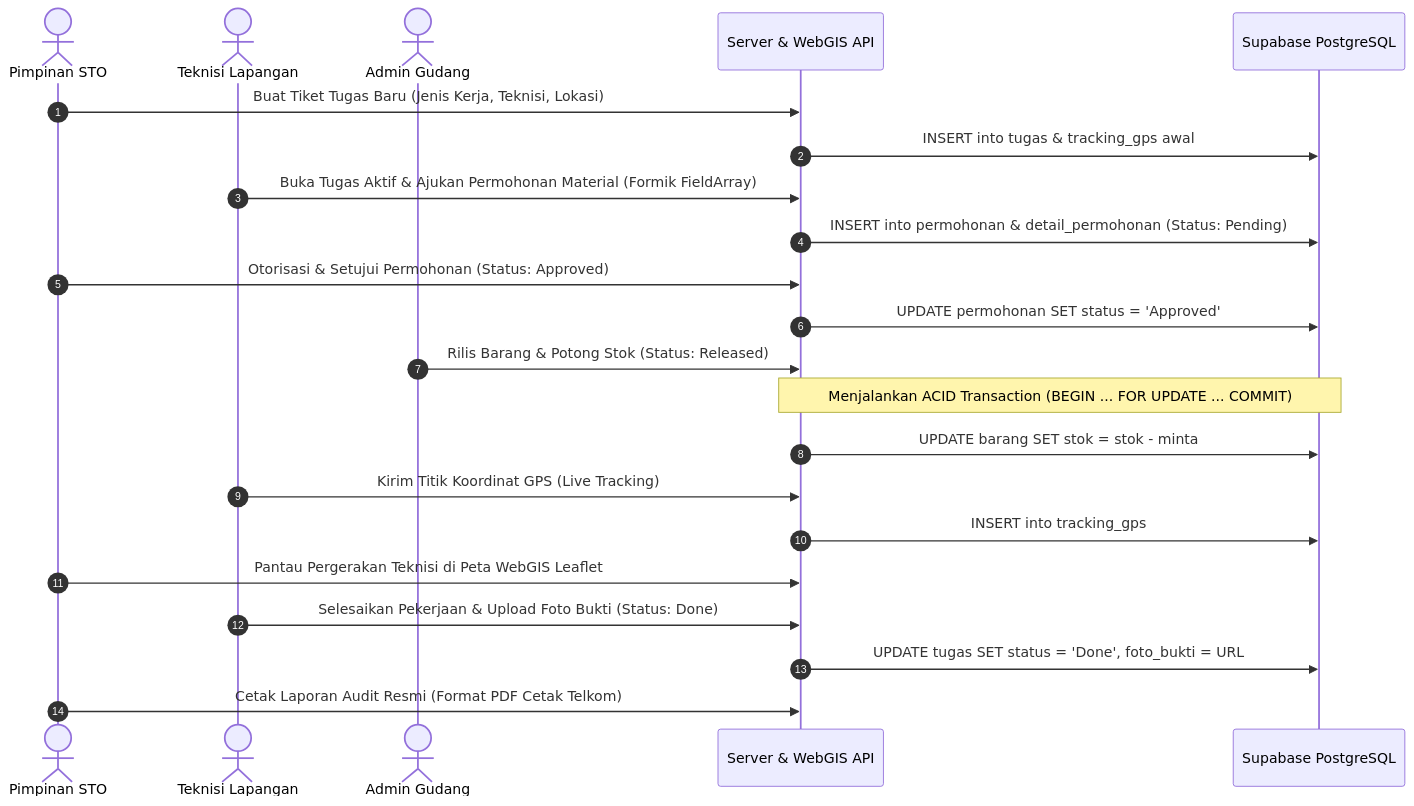
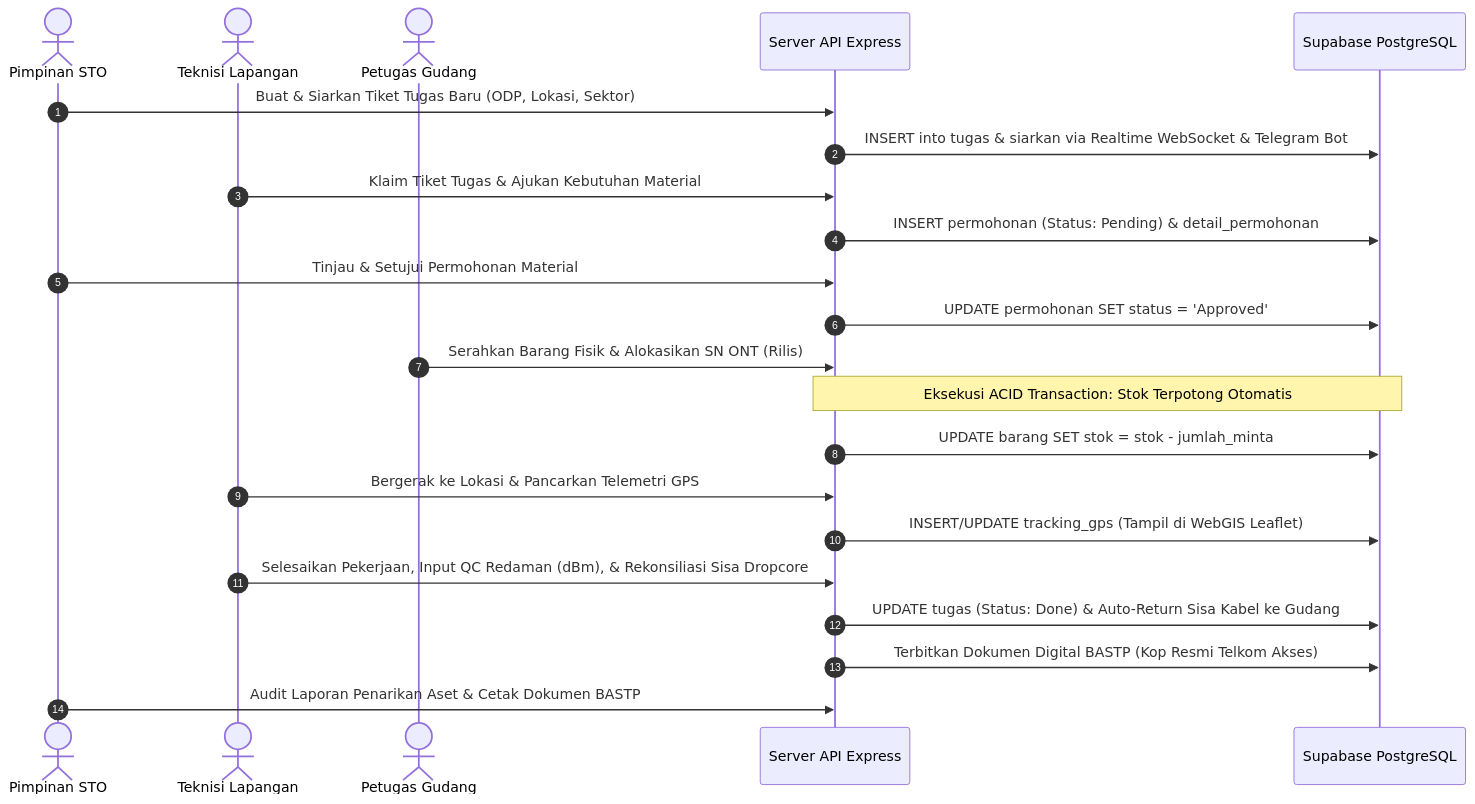
One commit to NatasyaLR26/Projek-Apk-STO-Pyk changed the diagram in README.md. Above: the diagram before and after it, drawn with Mermaid. The commit also changed other lines of this file and 36 other files, not shown here.

````diff
--- a/README.md
+++ b/README.md
@@ -81,25 +96,25 @@
 ```mermaid
 sequenceDiagram
     autonumber
     actor Pimpinan as Pimpinan STO
     actor Teknisi as Teknisi Lapangan
-    actor Gudang as Admin Gudang
-    participant Server as Server & WebGIS API
+    actor Gudang as Petugas Gudang
+    participant Server as Server API Express
     participant DB as Supabase PostgreSQL
 
-    Pimpinan->>Server: Buat Tiket Tugas Baru (Jenis Kerja, Teknisi, Lokasi)
-    Server->>DB: INSERT into tugas & tracking_gps awal
-    Teknisi->>Server: Buka Tugas Aktif & Ajukan Permohonan Material (Formik FieldArray)
-    Server->>DB: INSERT into permohonan & detail_permohonan (Status: Pending)
-    Pimpinan->>Server: Otorisasi & Setujui Permohonan (Status: Approved)
+    Pimpinan->>Server: Buat & Siarkan Tiket Tugas Baru (ODP, Lokasi, Sektor)
+    Server->>DB: INSERT into tugas & siarkan via Realtime WebSocket & Telegram Bot
+    Teknisi->>Server: Klaim Tiket Tugas & Ajukan Kebutuhan Material
+    Server->>DB: INSERT permohonan (Status: Pending) & detail_permohonan
+    Pimpinan->>Server: Tinjau & Setujui Permohonan Material
     Server->>DB: UPDATE permohonan SET status = 'Approved'
-    Gudang->>Server: Rilis Barang & Potong Stok (Status: Released)
-    Note over Server,DB: Menjalankan ACID Transaction (BEGIN ... FOR UPDATE ... COMMIT)
-    Server->>DB: UPDATE barang SET stok = stok - minta
-    Teknisi->>Server: Kirim Titik Koordinat GPS (Live Tracking)
-    Server->>DB: INSERT into tracking_gps
-    Pimpinan->>Server: Pantau Pergerakan Teknisi di Peta WebGIS Leaflet
-    Teknisi->>Server: Selesaikan Pekerjaan & Upload Foto Bukti (Status: Done)
-    Server->>DB: UPDATE tugas SET status = 'Done', foto_bukti = URL
-    Pimpinan->>Server: Cetak Laporan Audit Resmi (Format PDF Cetak Telkom)
+    Gudang->>Server: Serahkan Barang Fisik & Alokasikan SN ONT (Rilis)
+    Note over Server,DB: Eksekusi ACID Transaction: Stok Terpotong Otomatis
+    Server->>DB: UPDATE barang SET stok = stok - jumlah_minta
+    Teknisi->>Server: Bergerak ke Lokasi & Pancarkan Telemetri GPS
+    Server->>DB: INSERT/UPDATE tracking_gps (Tampil di WebGIS Leaflet)
+    Teknisi->>Server: Selesaikan Pekerjaan, Input QC Redaman (dBm), & Rekonsiliasi Sisa Dropcore
+    Server->>DB: UPDATE tugas (Status: Done) & Auto-Return Sisa Kabel ke Gudang
+    Server->>DB: Terbitkan Dokumen Digital BASTP (Kop Resmi Telkom Akses)
+    Pimpinan->>Server: Audit Laporan Penarikan Aset & Cetak Dokumen BASTP
 ```
````
